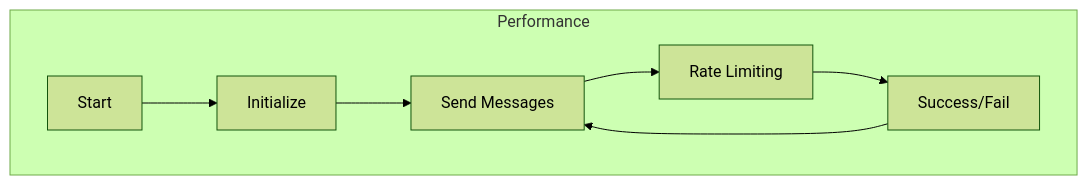
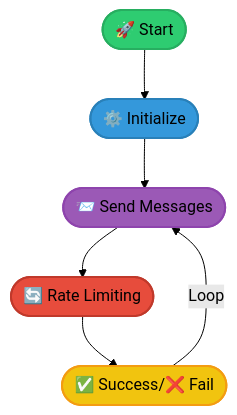
One commit to MyTheeNa/nglspammer changed the first of 4 diagrams in README.md. Above: the diagram before and after it, drawn with Mermaid (forest theme). The commit also changed other lines of this file, not shown here.

````diff
--- a/README.md
+++ b/README.md
@@ -7,10 +7,14 @@
 ```mermaid
 graph TD
-    subgraph Performance
-    A[Start] --> B[Initialize]
-    B --> C[Send Messages]
-    C --> D[Rate Limiting]
-    D --> E[Success/Fail]
-    E --> C
-    end
+    style A fill:#2ecc71,stroke:#27ae60,stroke-width:2px
+    style B fill:#3498db,stroke:#2980b9,stroke-width:2px
+    style C fill:#9b59b6,stroke:#8e44ad,stroke-width:2px
+    style D fill:#e74c3c,stroke:#c0392b,stroke-width:2px
+    style E fill:#f1c40f,stroke:#f39c12,stroke-width:2px
+    
+    A(["🚀 Start"]) --> B(["⚙️ Initialize"])
+    B --> C(["📨 Send Messages"])
+    C --> D(["🔄 Rate Limiting"])
+    D --> E(["✅ Success/❌ Fail"])
+    E -->|"Loop"| C
 ```
````
